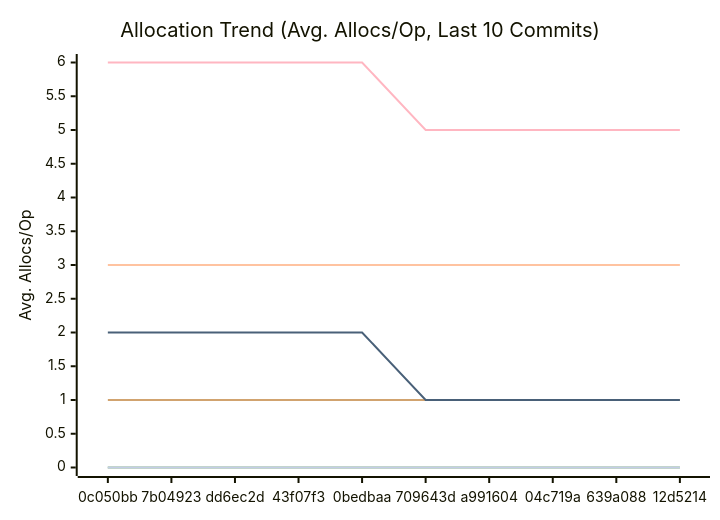
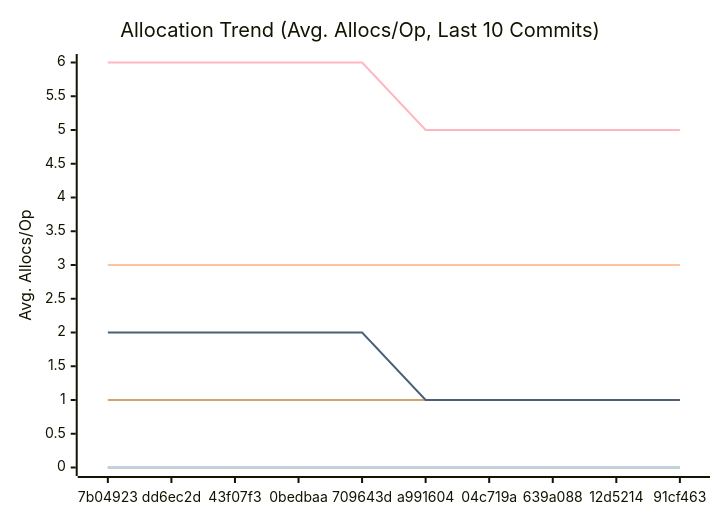
Before and after one commit to alsotoes/momo: the third of 3 diagrams in docs/PERFORMANCE.md, drawn with Mermaid. The commit also changed other lines of this file and 3 other files, not shown here.

````diff
--- a/docs/PERFORMANCE.md
+++ b/docs/PERFORMANCE.md
@@ -114,16 +114,16 @@
 ```mermaid
 xychart-beta
     title "Allocation Trend (Avg. Allocs/Op, Last 10 Commits)"
     x-axis "Commit"
     y-axis "Avg. Allocs/Op"
-    x-axis [0c050bb,7b04923,dd6ec2d,43f07f3,0bedbaa,709643d,a991604,04c719a,639a088,12d5214]
+    x-axis [7b04923,dd6ec2d,43f07f3,0bedbaa,709643d,a991604,04c719a,639a088,12d5214,91cf463]
     line "CheckMetricsAndSwap" [0,0,0,0,0,0,0,0,0,0]
     line "CrushOptimized" [0,0,0,0,0,0,0,0,0,0]
     line "CrushOriginal" [3,3,3,3,3,3,3,3,3,3]
     line "IndexDirectTracking" [0,0,0,0,0,0,0,0,0,0]
     line "IndexSearch" [0,0,0,0,0,0,0,0,0,0]
     line "LoadGlobalConfig" [1,1,1,1,1,1,1,1,1,1]
     line "PadString" [0,0,0,0,0,0,0,0,0,0]
     line "ParseReplicationOrder_NoPrealloc" [6,6,6,6,6,5,5,5,5,5]
     line "ParseReplicationOrder_Prealloc" [2,2,2,2,2,1,1,1,1,1]
 ```
````
